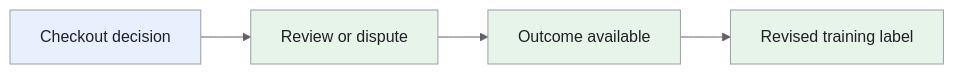
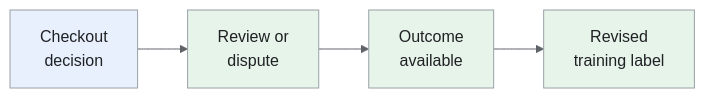
Before and after one commit to iliazlobin/iliazlobin.github.io: the fifth of 6 diagrams in _designs/system-design-ml-fraud-detection.md, drawn with Mermaid. The commit also changed other lines of this file and 116 other files, not shown here.

````diff
--- a/_designs/system-design-ml-fraud-detection.md
+++ b/_designs/system-design-ml-fraud-detection.md
@@ -322,13 +348,13 @@
 ```mermaid
 %%{init: {'theme':'base','themeVariables':{'primaryColor':'#e8f0fe','primaryTextColor':'#202124','primaryBorderColor':'#9aa0a6','lineColor':'#5f6368','secondaryColor':'#e6f4ea','tertiaryColor':'#fef7e0','actorBkg':'#e8f0fe','actorBorder':'#9aa0a6','actorTextColor':'#202124','noteBkgColor':'#fef7e0','noteTextColor':'#202124','noteBorderColor':'#9aa0a6','signalColor':'#5f6368','signalTextColor':'#202124','labelBoxBkgColor':'#fef7e0','labelBoxBorderColor':'#9aa0a6'}}}%%
 flowchart LR
-    A["Checkout decision"] --> B["Review or dispute"]
-    B --> C["Outcome available"]
-    C --> D["Revised training label"]
+    A["Checkout<br>decision"] --> B["Review or<br>dispute"]
+    B --> C["Outcome<br>available"]
+    C --> D["Revised<br>training label"]
 classDef request fill:#e8f0fe,stroke:#9aa0a6,color:#202124;
 classDef data fill:#e6f4ea,stroke:#9aa0a6,color:#202124;
 classDef control fill:#fef7e0,stroke:#9aa0a6,color:#202124;
 class A request;
 class B,C,D data;
 
 ```
````
